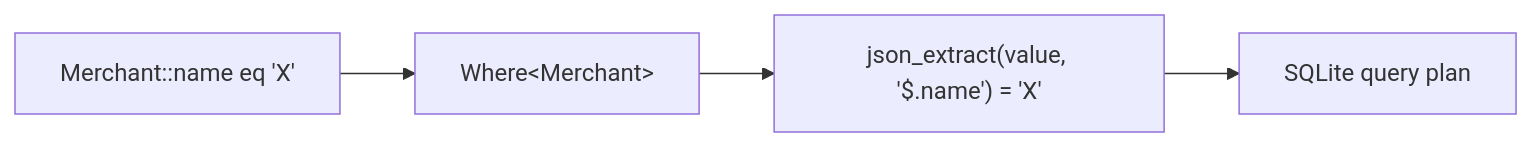
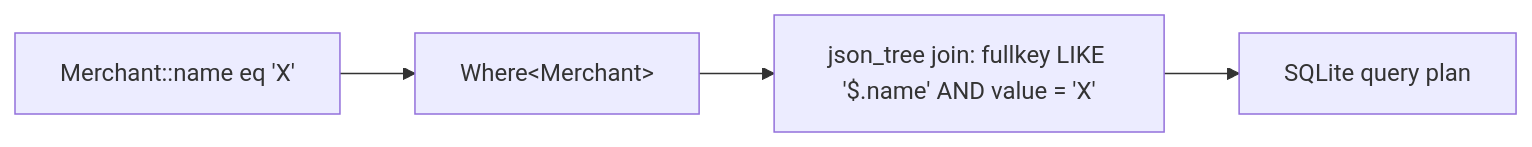
One commit to MercuryTechnologies/sqkon changed the diagram in docs/guides/querying.md. Above: the diagram before and after it, drawn with Mermaid. The commit also changed other lines of this file and 14 other files, not shown here.

````diff
--- a/docs/guides/querying.md
+++ b/docs/guides/querying.md
@@ -43,6 +43,6 @@
 ```mermaid
 flowchart LR
     DSL["Merchant::name eq 'X'"] --> Where["Where&lt;Merchant&gt;"]
-    Where --> SQL["json_extract(value, '$.name') = 'X'"]
+    Where --> SQL["json_tree join: fullkey LIKE '$.name' AND value = 'X'"]
     SQL --> Plan["SQLite query plan"]
 ```
````
